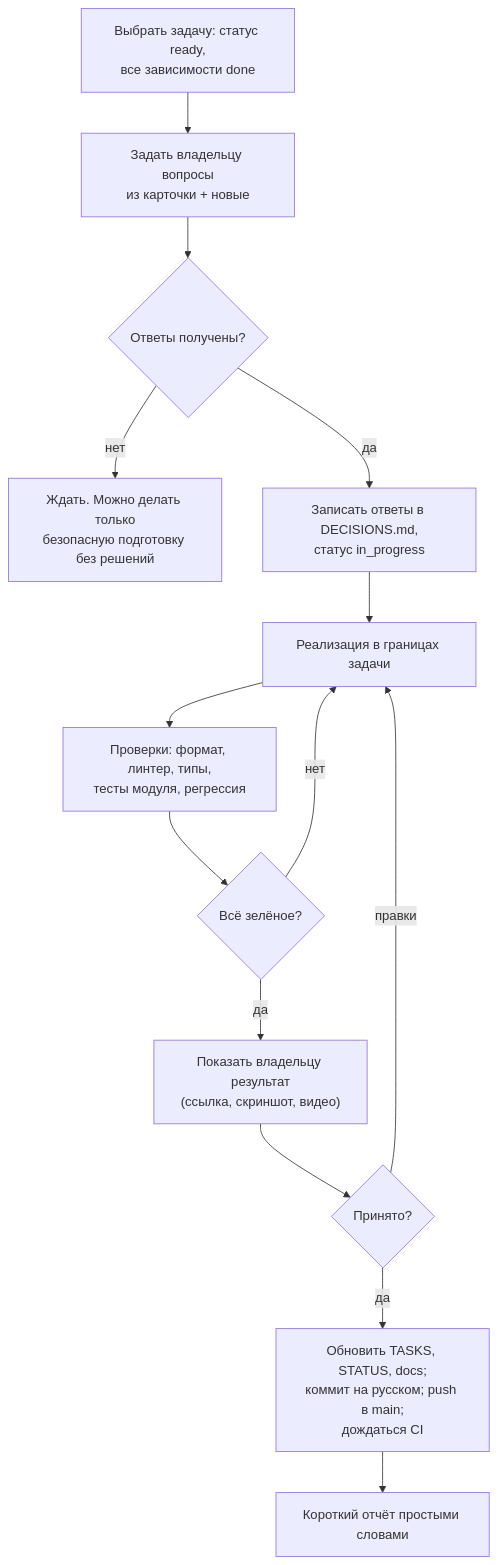
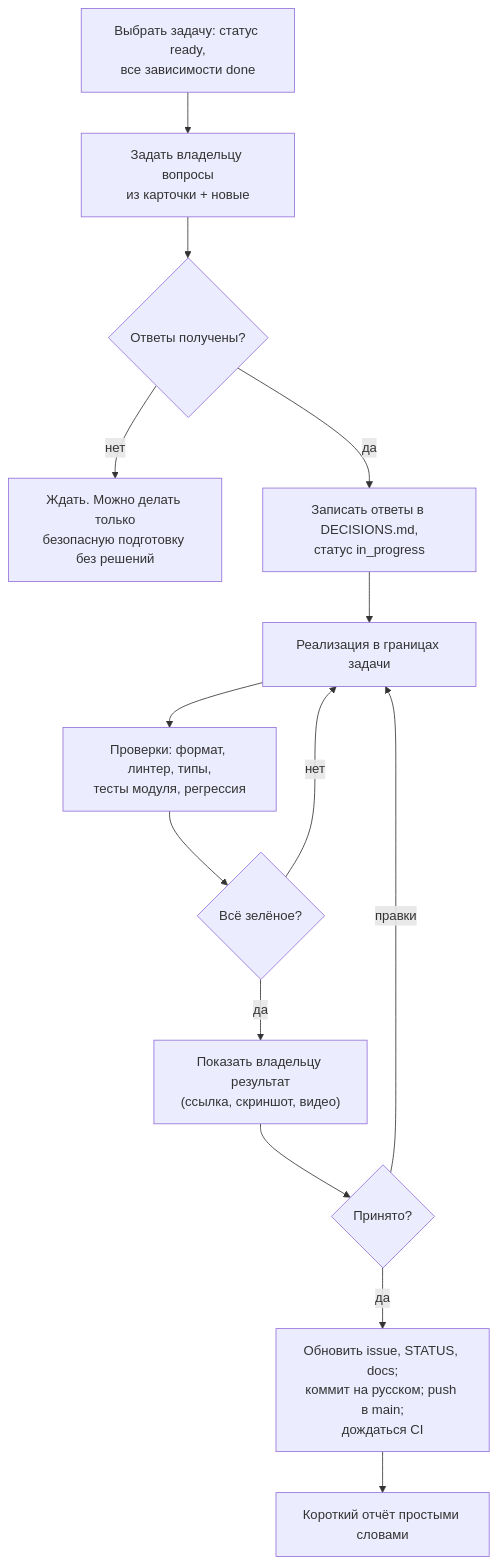
Before and after one commit to kirillkuz1122/qubite: the diagram in docs/engineering/AGENT_WORKFLOW.md, drawn with Mermaid. The commit also changed other lines of this file and 81 other files, not shown here.

````diff
--- a/docs/engineering/AGENT_WORKFLOW.md
+++ b/docs/engineering/AGENT_WORKFLOW.md
@@ -17,16 +17,16 @@
 ```mermaid
 flowchart TD
     A["Выбрать задачу: статус ready,<br/>все зависимости done"] --> B["Задать владельцу вопросы<br/>из карточки + новые"]
     B --> C{"Ответы получены?"}
     C -- нет --> W["Ждать. Можно делать только<br/>безопасную подготовку без решений"]
     C -- да --> D["Записать ответы в DECISIONS.md,<br/>статус in_progress"]
     D --> E["Реализация в границах задачи"]
     E --> F["Проверки: формат, линтер, типы,<br/>тесты модуля, регрессия"]
     F --> G{"Всё зелёное?"}
     G -- нет --> E
     G -- да --> H["Показать владельцу результат<br/>(ссылка, скриншот, видео)"]
     H --> I{"Принято?"}
     I -- правки --> E
-    I -- да --> J["Обновить TASKS, STATUS, docs;<br/>коммит на русском; push в main;<br/>дождаться CI"]
+    I -- да --> J["Обновить issue, STATUS, docs;<br/>коммит на русском; push в main;<br/>дождаться CI"]
     J --> K["Короткий отчёт простыми словами"]
 ```
````
